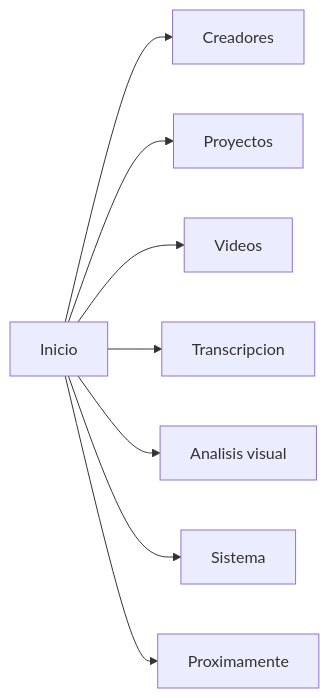
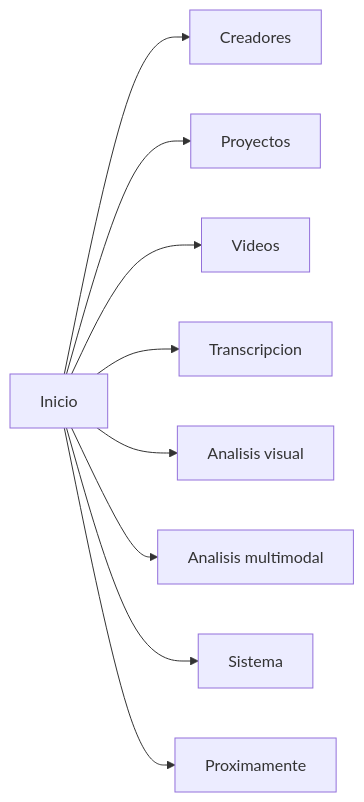
One commit to AS26-Lab/Creator_Inteligence_Studio changed the diagram in docs/UI_MAP.md. Above: the diagram before and after it, drawn with Mermaid. The commit also changed other lines of this file and 37 other files, not shown here.

Commit message:
feat: add multimodal timeline and moment candidates

````diff
--- a/docs/UI_MAP.md
+++ b/docs/UI_MAP.md
@@ -5,10 +5,11 @@
 ```mermaid
 flowchart LR
     Home[Inicio] --> Creators[Creadores]
     Home --> Projects[Proyectos]
     Home --> Media[Videos]
     Home --> Transcription[Transcripcion]
     Home --> Visual[Analisis visual]
+    Home --> Multimodal[Analisis multimodal]
     Home --> System[Sistema]
     Home --> Future[Proximamente]
 ```
````
